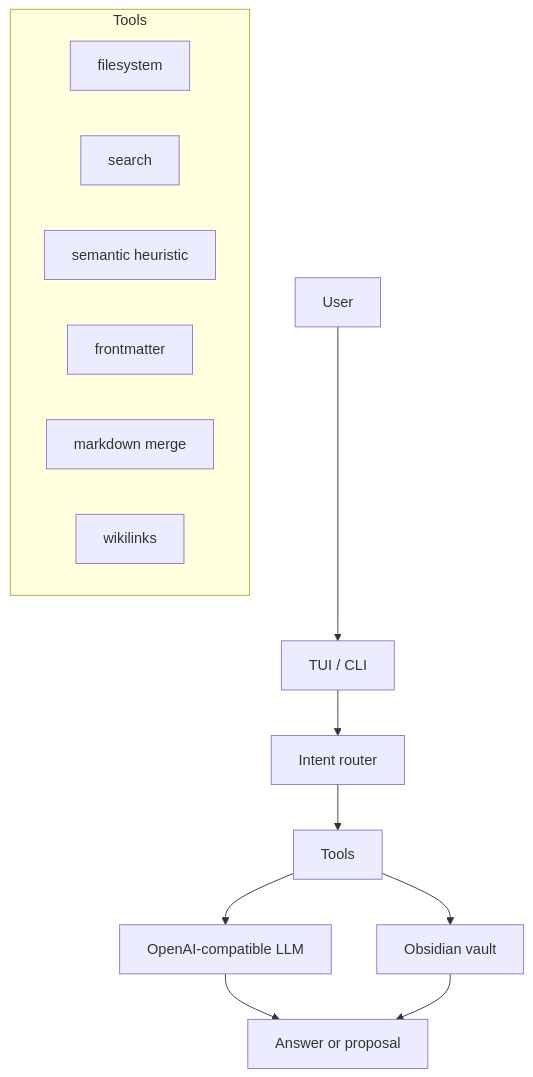
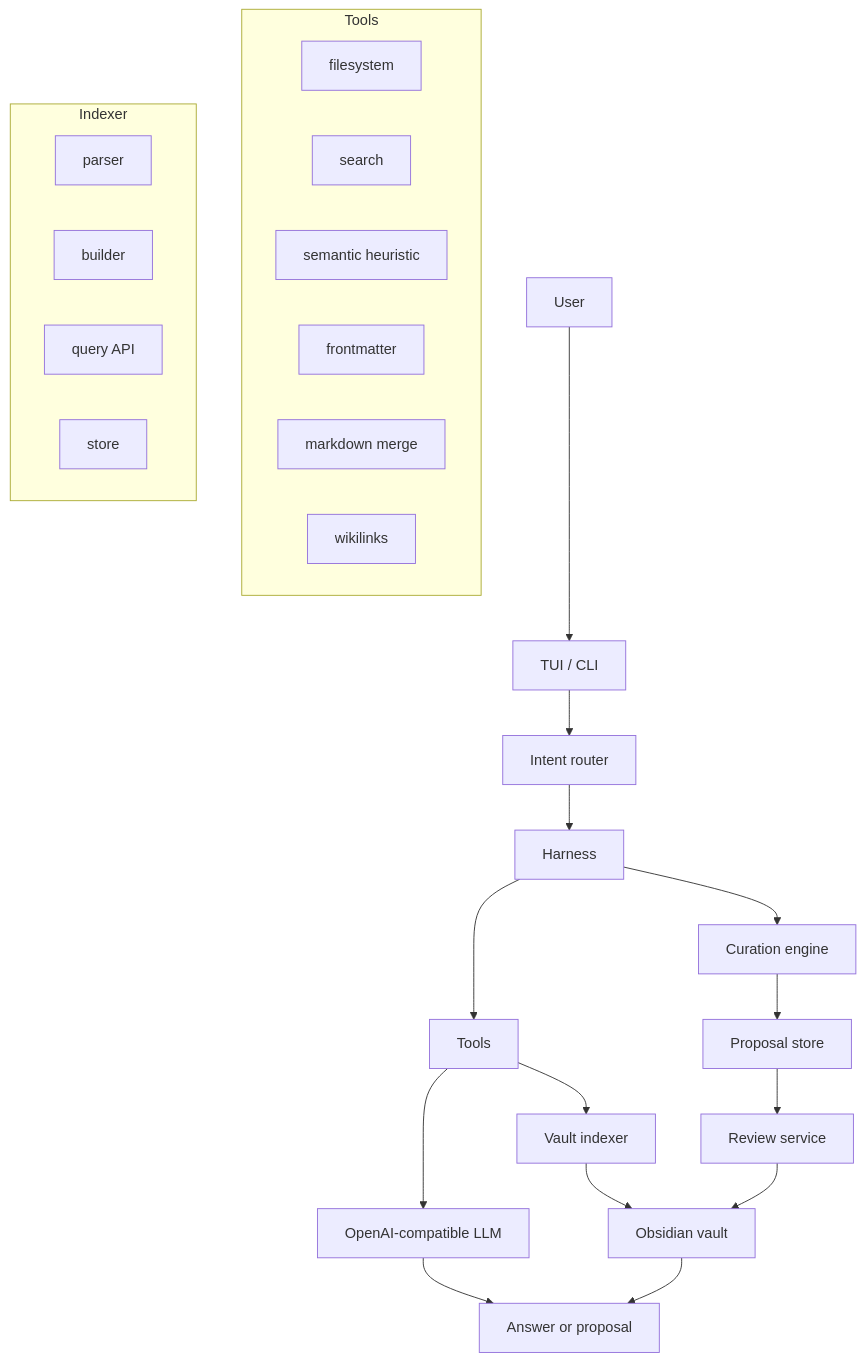
Before and after one commit to Agents4Life/librarian: the diagram in README.md, drawn with Mermaid. The commit also changed other lines of this file and 1 other file, not shown here.

First line of the commit message:
docs: refresh README with current project features and architecture

````diff
--- a/README.md
+++ b/README.md
@@ -198,19 +220,32 @@
 ```mermaid
 flowchart TD
     U[User] --> TUI[TUI / CLI]
     TUI --> R[Intent router]
-    R --> T[Tools]
+    R --> H[Harness]
+    H --> T[Tools]
+    H --> C[Curation engine]
+    T --> IDX[Vault indexer]
     T --> LLM[OpenAI-compatible LLM]
-    T --> V[Obsidian vault]
+    IDX --> V[Obsidian vault]
+    C --> P[Proposal store]
+    P --> REV[Review service]
+    REV --> V
     LLM --> OUT[Answer or proposal]
     V --> OUT
 
     subgraph Tools
         T1[filesystem]
         T2[search]
         T3[semantic heuristic]
         T4[frontmatter]
         T5[markdown merge]
         T6[wikilinks]
     end
+
+    subgraph Indexer
+        I1[parser]
+        I2[builder]
+        I3[query API]
+        I4[store]
+    end
 ```
````
